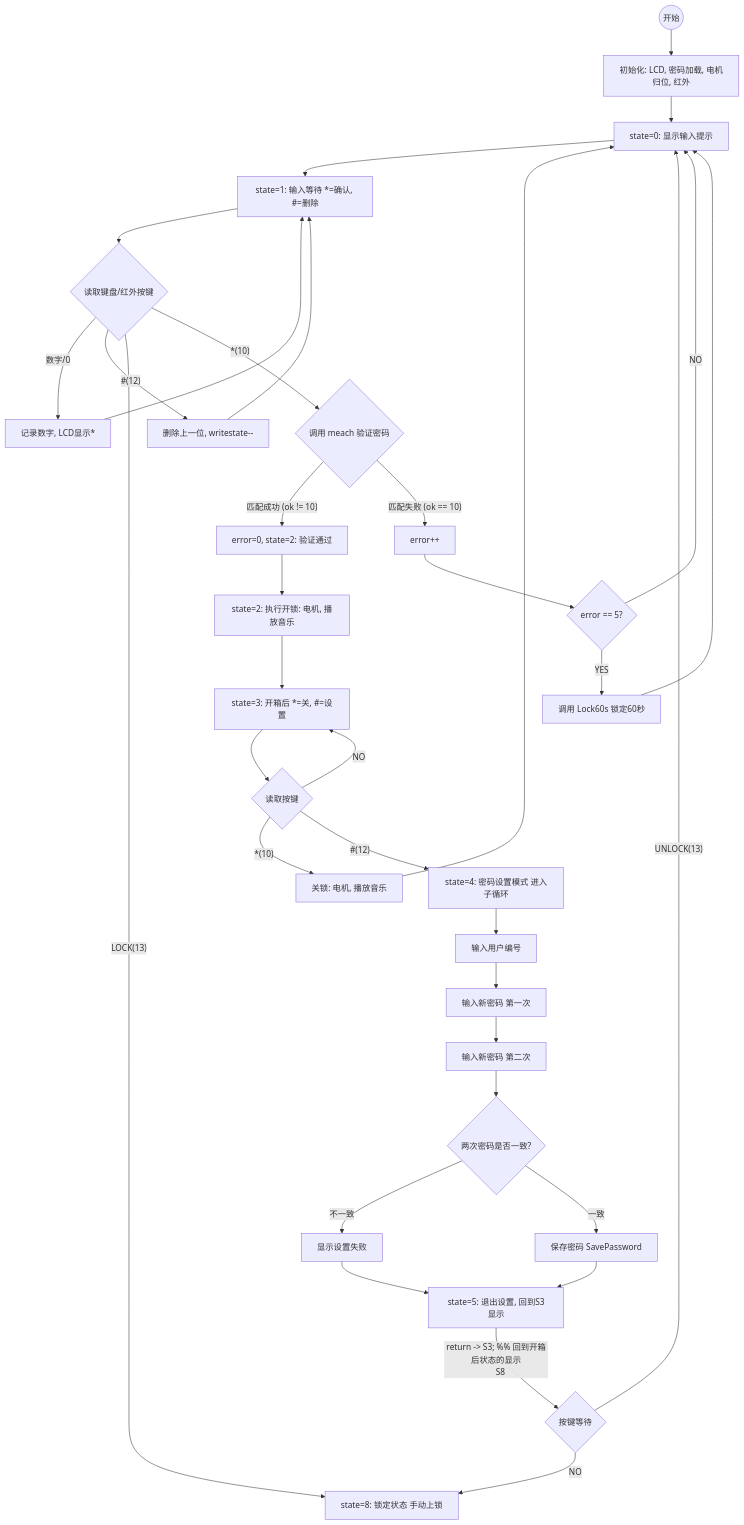
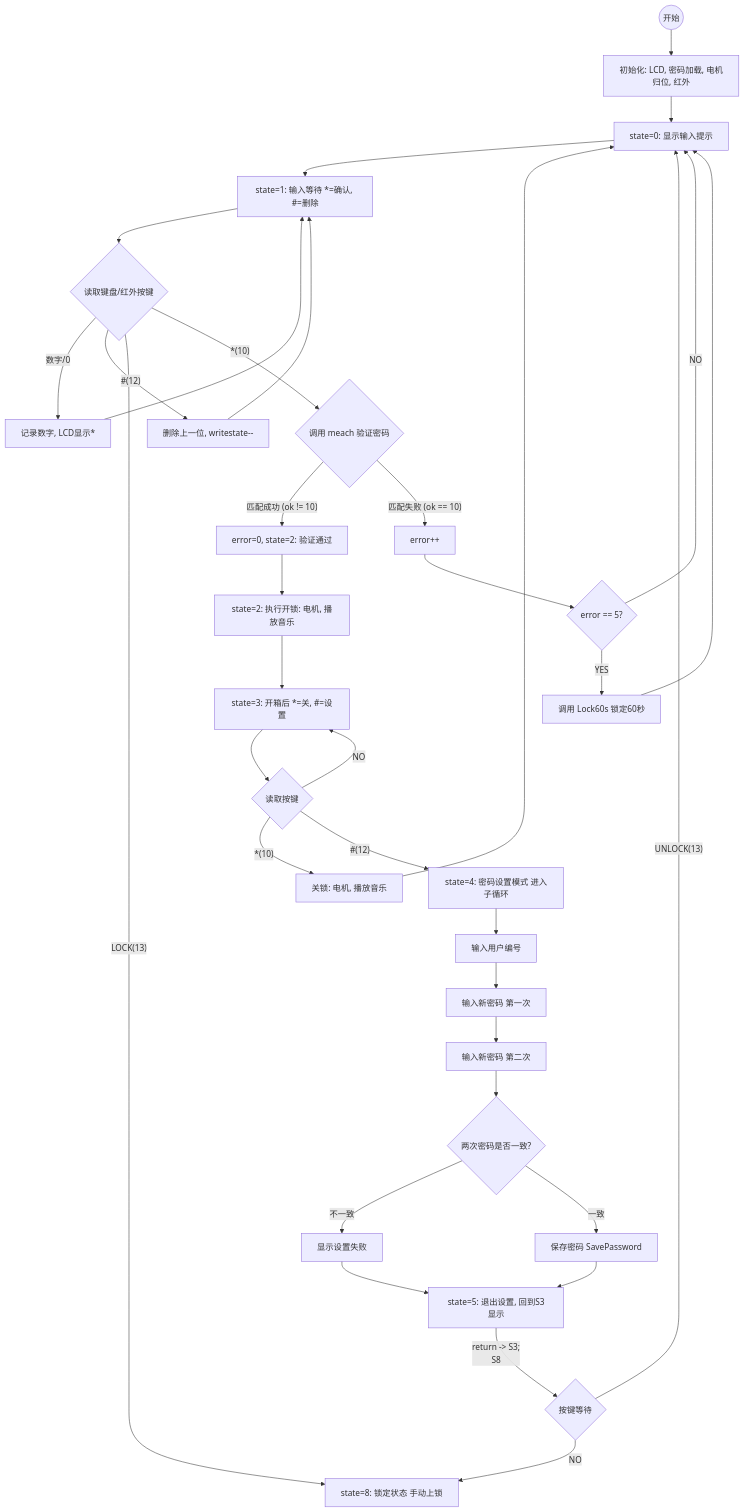
The diagram in all/未命名-1.md (ksxyh-22/iodraw-files), drawn with Mermaid before and after one commit.

Commit message:
2025-10-11 11:05:58 update

````diff
--- a/all/未命名-1.md
+++ b/all/未命名-1.md
@@ -1,66 +1,67 @@
 ```mermaid
 graph TD
     %% 状态机主流程
     START((开始)) --> INIT[初始化: LCD, 密码加载, 电机归位, 红外];
     INIT --> S0[state=0: 显示输入提示];
 
     %% 状态 1: 密码输入与验证
     S0 --> S1[state=1: 输入等待 *=确认, #=删除];
     
     S1 --> INPUT{读取键盘/红外按键};
     
     INPUT -- 数字/0 --> DIGIT[记录数字, LCD显示*];
     DIGIT --> S1;
 
     INPUT -- #(12) --> DELETE[删除上一位, writestate--];
     DELETE --> S1;
 
     INPUT -- LOCK(13) --> S8[state=8: 锁定状态 手动上锁];
     
     INPUT -- *(10) --> VERIFY{调用 meach 验证密码};
     
     VERIFY -- 匹配成功 (ok != 10) --> S2_SUCCESS[error=0, state=2: 验证通过];
     
     VERIFY -- 匹配失败 (ok == 10) --> ERROR_COUNT[error++];
     
     ERROR_COUNT --> CHECK_ERRORS{error == 5?};
     
     CHECK_ERRORS -- NO --> S0;
 
     CHECK_ERRORS -- YES --> LOCK_60s[调用 Lock60s 锁定60秒];
     LOCK_60s --> S0;
 
     %% 状态 2, 3, 5: 开锁后的操作
     S2_SUCCESS --> S2_OPEN[state=2: 执行开锁: 电机, 播放音乐];
     S2_OPEN --> S3[state=3: 开箱后 *=关, #=设置];
 
     S3 --> POST_KEY{读取按键};
     
     POST_KEY -- NO --> S3;
     
     POST_KEY -- *(10) --> S3_CLOSE[关锁: 电机, 播放音乐];
     S3_CLOSE --> S0;
     
     POST_KEY -- #(12) --> S4[state=4: 密码设置模式 进入子循环];
 
     %% 状态 4: 密码设置
     S4 --> S4_USER[输入用户编号];
     S4_USER --> S4_PASS1[输入新密码 第一次];
     S4_PASS1 --> S4_PASS2[输入新密码 第二次];
 
     S4_PASS2 --> S4_CHECK{两次密码是否一致?};
     
     S4_CHECK -- 不一致 --> S4_FAIL[显示设置失败];
     S4_FAIL --> S5[state=5: 退出设置, 回到S3显示];
 
     S4_CHECK -- 一致 --> S4_SAVE[保存密码 SavePassword];
     S4_SAVE --> S5;
     
-    S5 -- return -> S3; %% 回到开箱后状态的显示
+    S5 -- return -> S3; 
+    %% 回到开箱后状态的显示
 
     %% 状态 8: 锁定状态 (手动)
     S8 --> S8_WAIT{按键等待};
     
     S8_WAIT -- NO --> S8;
     S8_WAIT -- UNLOCK(13) --> S0;
 ```
````
